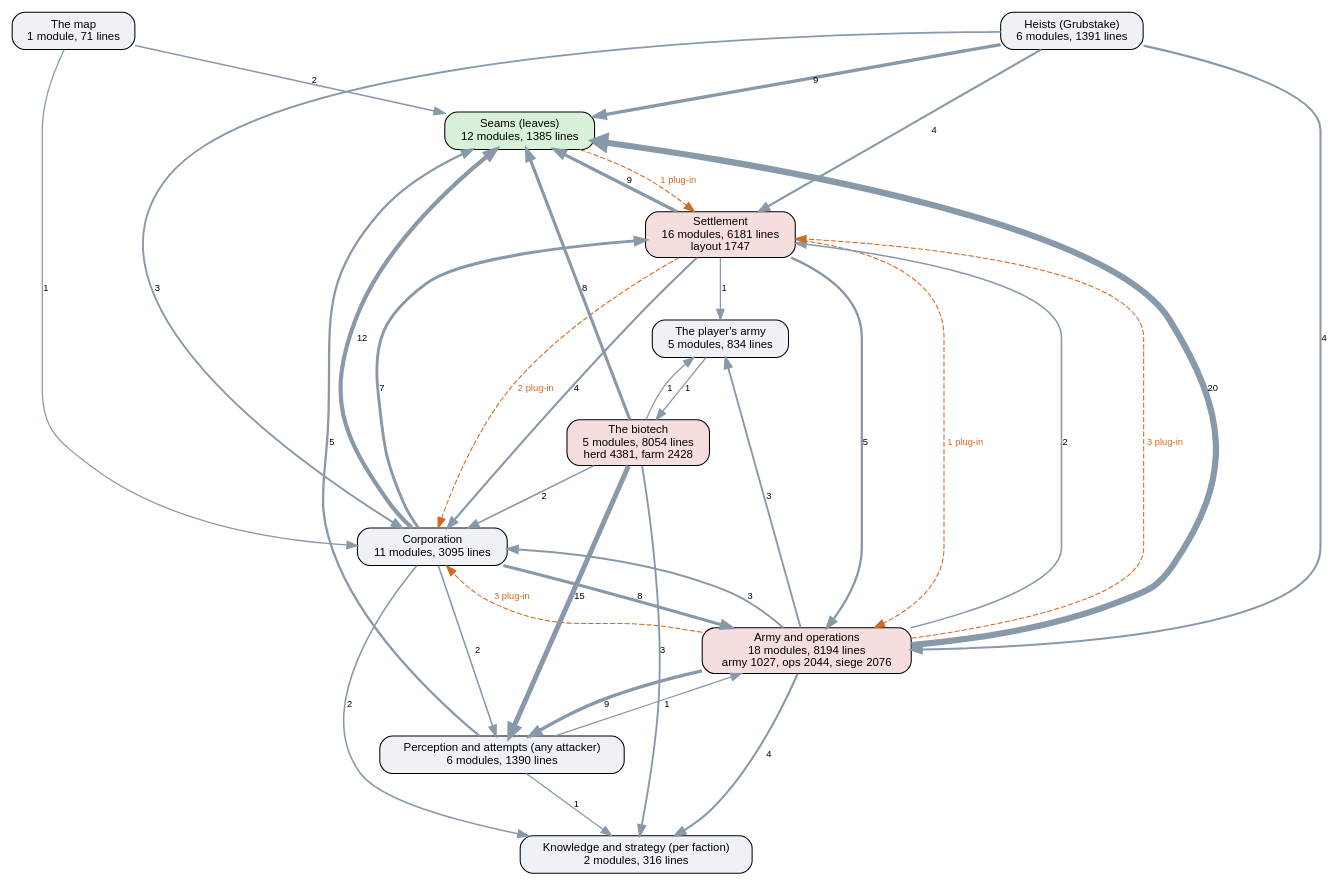
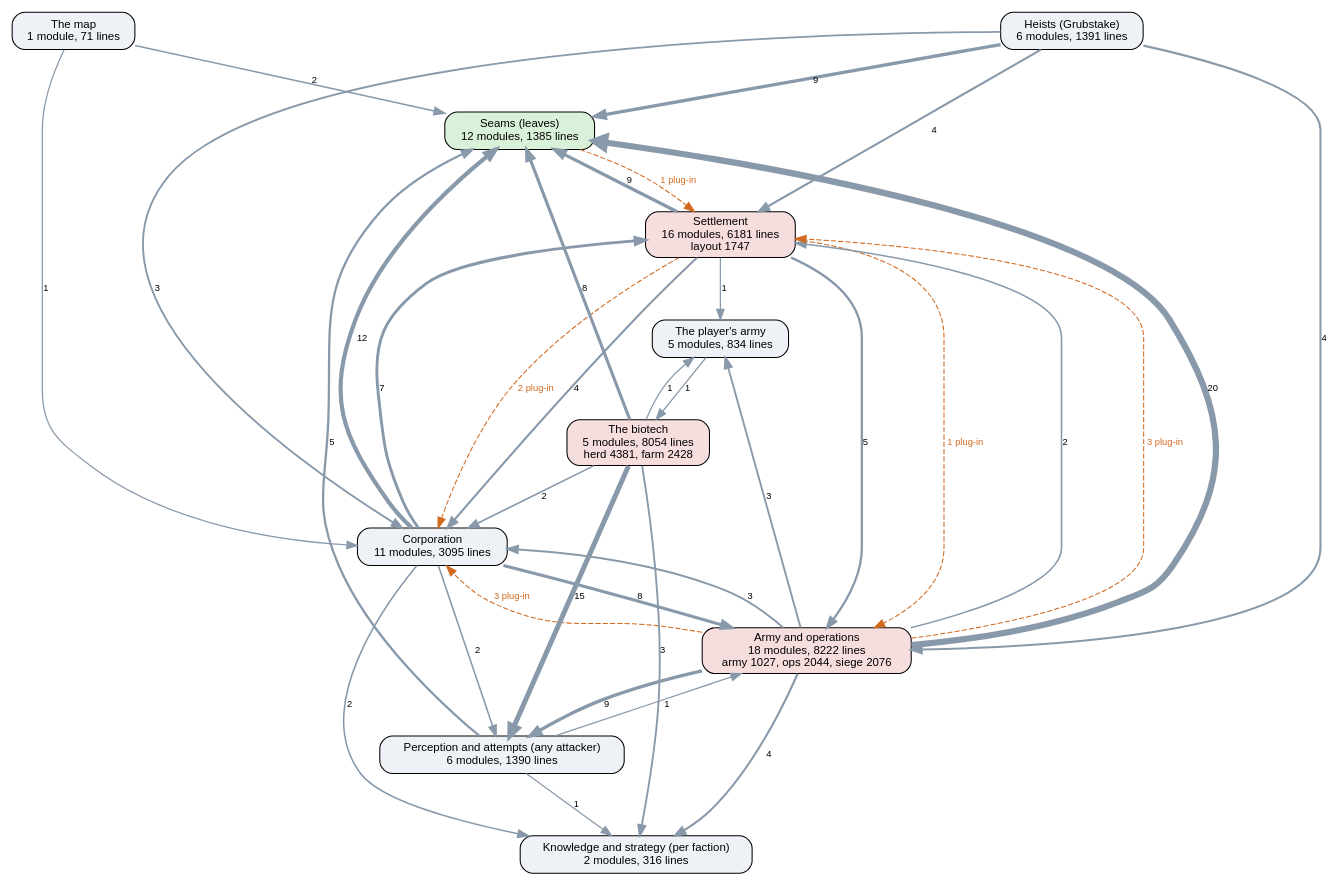
One commit to kinelhu/landing-party changed the diagram in docs/ai-layers.dot. Above: the diagram before and after it, drawn with Graphviz. The commit also changed 14 other files, not shown here.

```diff
--- a/docs/ai-layers.dot
+++ b/docs/ai-layers.dot
@@ -1,50 +1,50 @@
 digraph layers {
   graph [rankdir=TB, fontname="Helvetica", nodesep=0.5, ranksep=0.7];
   node [shape=box, style="rounded,filled", fontname="Helvetica", fontsize=11, fillcolor="#eef2f7"];
   edge [color="#8899aa", fontname="Helvetica", fontsize=9];
   "Seams (leaves)" [label="Seams (leaves)\n12 modules, 1385 lines", fillcolor="#d9f0d9"];
   "Perception and attempts (any attacker)" [label="Perception and attempts (any attacker)\n6 modules, 1390 lines", fillcolor="#eef2f7"];
   "Knowledge and strategy (per faction)" [label="Knowledge and strategy (per faction)\n2 modules, 316 lines", fillcolor="#eef2f7"];
   "Corporation" [label="Corporation\n11 modules, 3095 lines", fillcolor="#eef2f7"];
   "Settlement" [label="Settlement\n16 modules, 6181 lines\nlayout 1747", fillcolor="#f7dede"];
-  "Army and operations" [label="Army and operations\n18 modules, 8194 lines\narmy 1027, ops 2044, siege 2076", fillcolor="#f7dede"];
+  "Army and operations" [label="Army and operations\n18 modules, 8222 lines\narmy 1027, ops 2044, siege 2076", fillcolor="#f7dede"];
   "Heists (Grubstake)" [label="Heists (Grubstake)\n6 modules, 1391 lines", fillcolor="#eef2f7"];
   "The biotech" [label="The biotech\n5 modules, 8054 lines\nherd 4381, farm 2428", fillcolor="#f7dede"];
   "The map" [label="The map\n1 module, 71 lines", fillcolor="#eef2f7"];
   "The player's army" [label="The player's army\n5 modules, 834 lines", fillcolor="#eef2f7"];
   "Army and operations" -> "Corporation" [label="3", penwidth=1.8];
   "Army and operations" -> "Knowledge and strategy (per faction)" [label="4", penwidth=2.0];
   "Army and operations" -> "Perception and attempts (any attacker)" [label="9", penwidth=3.2];
   "Army and operations" -> "Seams (leaves)" [label="20", penwidth=6.0];
   "Army and operations" -> "Settlement" [label="2", penwidth=1.5];
   "Army and operations" -> "The player's army" [label="3", penwidth=1.8];
   "Corporation" -> "Army and operations" [label="8", penwidth=3.0];
   "Corporation" -> "Knowledge and strategy (per faction)" [label="2", penwidth=1.5];
   "Corporation" -> "Perception and attempts (any attacker)" [label="2", penwidth=1.5];
   "Corporation" -> "Seams (leaves)" [label="12", penwidth=4.0];
   "Corporation" -> "Settlement" [label="7", penwidth=2.8];
   "Heists (Grubstake)" -> "Army and operations" [label="4", penwidth=2.0];
   "Heists (Grubstake)" -> "Corporation" [label="3", penwidth=1.8];
   "Heists (Grubstake)" -> "Seams (leaves)" [label="9", penwidth=3.2];
   "Heists (Grubstake)" -> "Settlement" [label="4", penwidth=2.0];
   "Perception and attempts (any attacker)" -> "Army and operations" [label="1", penwidth=1.2];
   "Perception and attempts (any attacker)" -> "Knowledge and strategy (per faction)" [label="1", penwidth=1.2];
   "Perception and attempts (any attacker)" -> "Seams (leaves)" [label="5", penwidth=2.2];
   "Settlement" -> "Army and operations" [label="5", penwidth=2.2];
   "Settlement" -> "Corporation" [label="4", penwidth=2.0];
   "Settlement" -> "Seams (leaves)" [label="9", penwidth=3.2];
   "Settlement" -> "The player's army" [label="1", penwidth=1.2];
   "The biotech" -> "Corporation" [label="2", penwidth=1.5];
   "The biotech" -> "Knowledge and strategy (per faction)" [label="3", penwidth=1.8];
   "The biotech" -> "Perception and attempts (any attacker)" [label="15", penwidth=4.8];
   "The biotech" -> "Seams (leaves)" [label="8", penwidth=3.0];
   "The biotech" -> "The player's army" [label="1", penwidth=1.2];
   "The map" -> "Corporation" [label="1", penwidth=1.2];
   "The map" -> "Seams (leaves)" [label="2", penwidth=1.5];
   "The player's army" -> "The biotech" [label="1", penwidth=1.2];
   "Army and operations" -> "Corporation" [style=dashed, color="#d2691e", fontcolor="#d2691e", label="3 plug-in"];
   "Army and operations" -> "Settlement" [style=dashed, color="#d2691e", fontcolor="#d2691e", label="3 plug-in"];
   "Seams (leaves)" -> "Settlement" [style=dashed, color="#d2691e", fontcolor="#d2691e", label="1 plug-in"];
   "Settlement" -> "Army and operations" [style=dashed, color="#d2691e", fontcolor="#d2691e", label="1 plug-in"];
   "Settlement" -> "Corporation" [style=dashed, color="#d2691e", fontcolor="#d2691e", label="2 plug-in"];
 }
```
